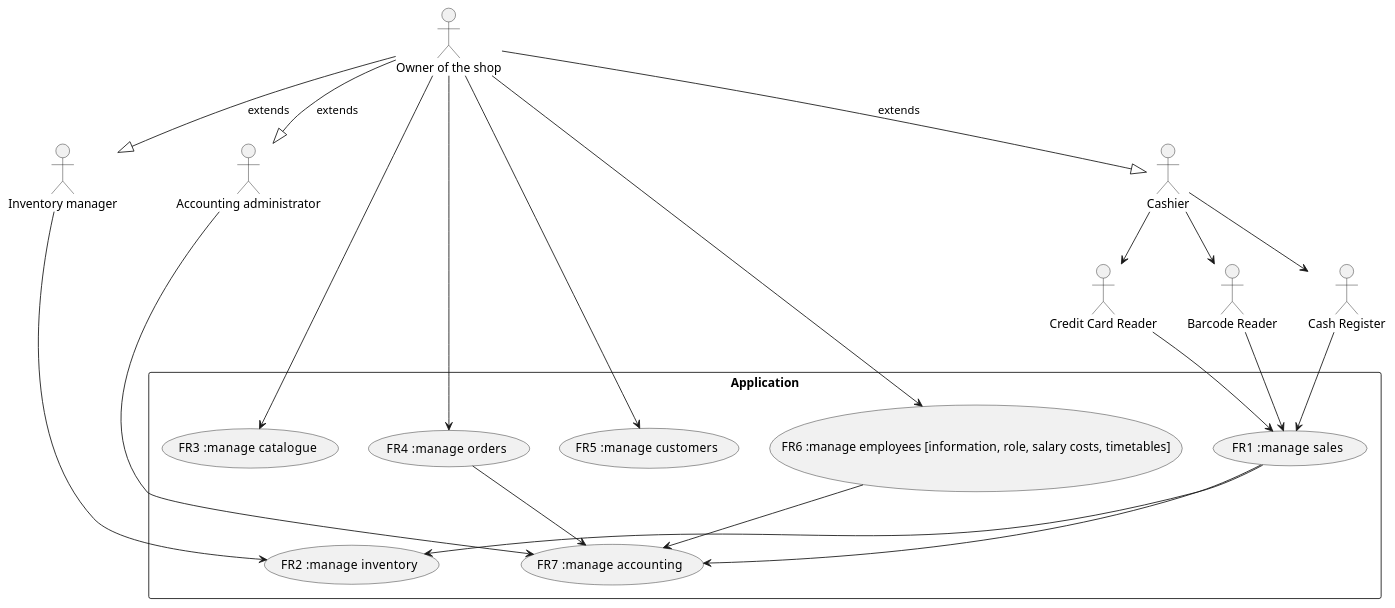
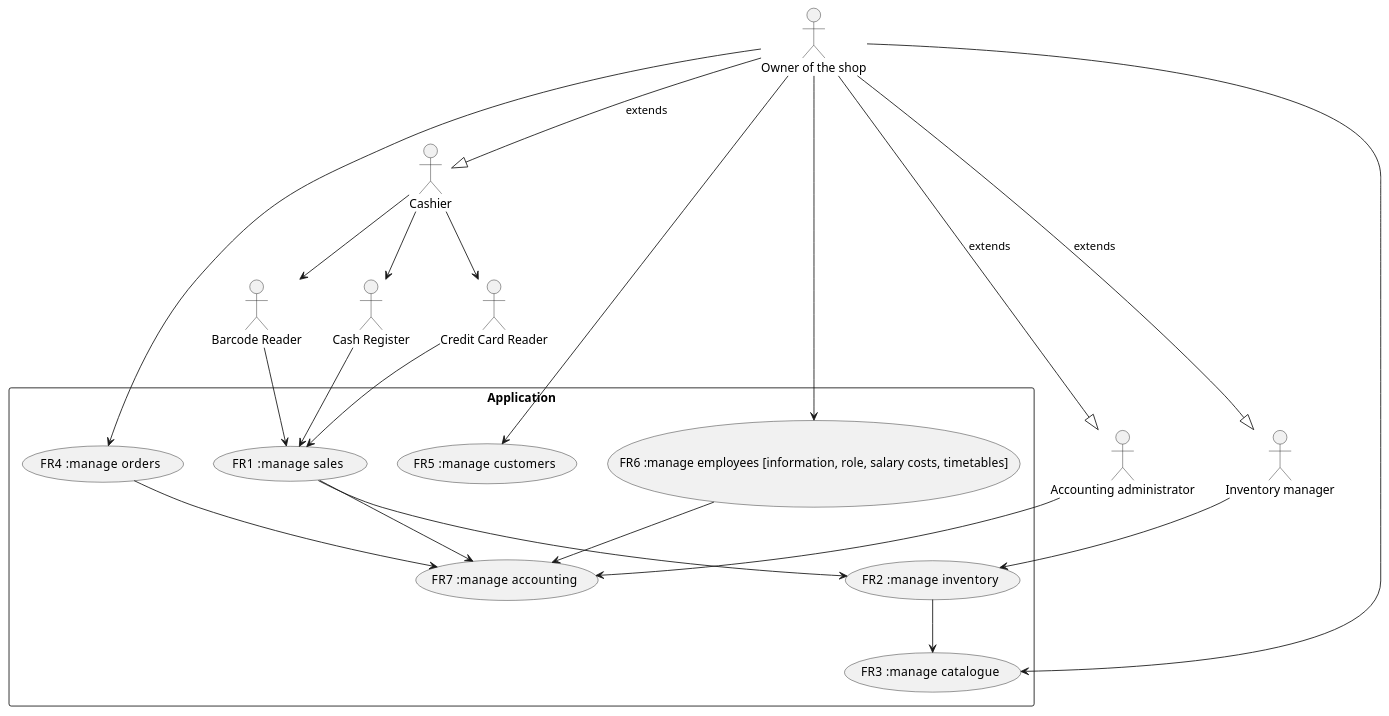
Before and after one commit to b3xul/ezshop: the second of 4 diagrams in Deliverables/RequirementsDocument.md, drawn with PlantUML. The commit also changed other lines of this file and 1 other file, not shown here.

````diff
--- a/Deliverables/RequirementsDocument.md
+++ b/Deliverables/RequirementsDocument.md
@@ -169,35 +186,35 @@
 ```plantuml
 @startuml
 rectangle Application {
 (FR1   :manage sales)
 (FR2   :manage inventory)
 (FR3   :manage catalogue)
 (FR4   :manage orders)
 (FR5   :manage customers)
 (FR6   :manage employees [information, role, salary costs, timetables])
 (FR7   :manage accounting)
 }
 
 :Owner of the shop: --|> :Cashier: : extends
 :Owner of the shop: --|> :Inventory manager: : extends
 :Owner of the shop: --> (FR3   :manage catalogue)
 :Owner of the shop: --> (FR4   :manage orders)
 :Owner of the shop: --> (FR5   :manage customers)
 :Owner of the shop: --> (FR6   :manage employees [information, role, salary costs, timetables])
 :Owner of the shop: --|> :Accounting administrator: : extends
 :Inventory manager: --> (FR2   :manage inventory)
 :Cashier: --> :Barcode Reader:
 :Cashier: --> :Cash Register:
 :Cashier: --> :Credit Card Reader:
 :Accounting administrator: --> (FR7   :manage accounting)
 :Barcode Reader: --> (FR1   :manage sales)
 :Cash Register: --> (FR1   :manage sales)
 :Credit Card Reader: --> (FR1   :manage sales)
 
 (FR1   :manage sales) --> (FR2   :manage inventory)
 (FR1   :manage sales) --> (FR7   :manage accounting)
 (FR4   :manage orders) --> (FR7   :manage accounting)
 (FR6   :manage employees [information, role, salary costs, timetables]) --> (FR7   :manage accounting)
-
+(FR2   :manage inventory) --> (FR3   :manage catalogue)
 @enduml
 ```
````
